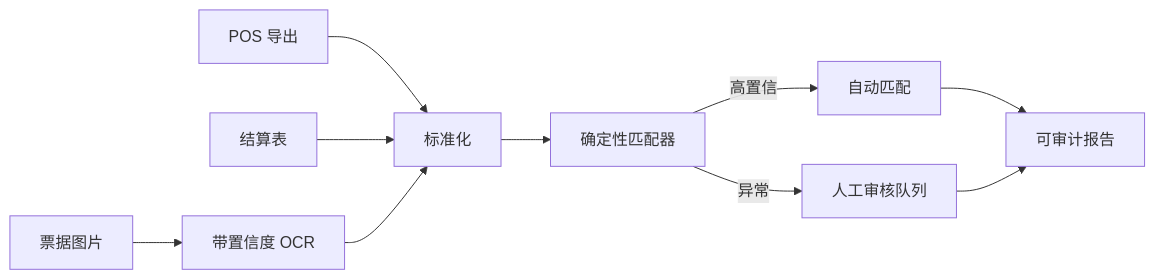
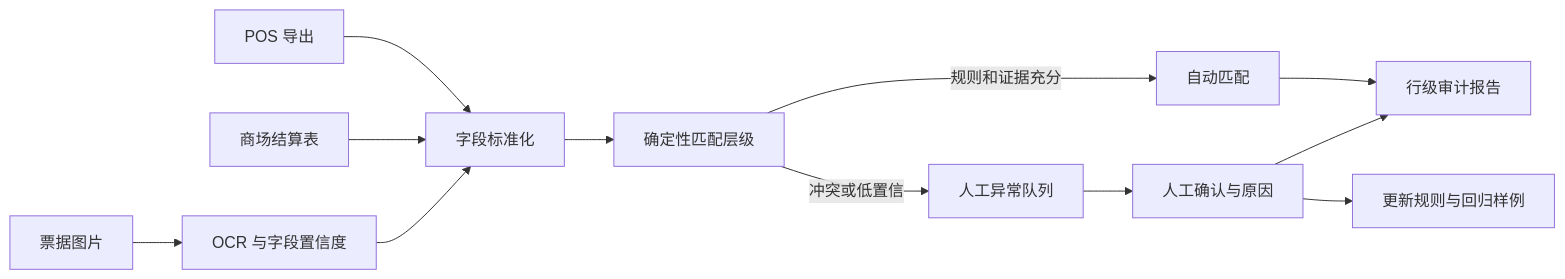
The diagram in case-studies/reconcile-agent.zh-CN.md (WhiteSailLabs/WhiteSailLabs), drawn with Mermaid before and after one commit. The commit also changed other lines of this file and 11 other files, not shown here.

````diff
--- a/case-studies/reconcile-agent.zh-CN.md
+++ b/case-studies/reconcile-agent.zh-CN.md
@@ -26,12 +50,14 @@
 ```mermaid
 flowchart LR
-    A[POS 导出] --> D[标准化]
-    B[结算表] --> D
-    C[票据图片] --> E[带置信度 OCR]
+    A[POS 导出] --> D[字段标准化]
+    B[商场结算表] --> D
+    C[票据图片] --> E[OCR 与字段置信度]
     E --> D
-    D --> F[确定性匹配器]
-    F -->|高置信| G[自动匹配]
-    F -->|异常| H[人工审核队列]
-    G --> I[可审计报告]
-    H --> I
+    D --> F[确定性匹配层级]
+    F -->|规则和证据充分| G[自动匹配]
+    F -->|冲突或低置信| H[人工异常队列]
+    G --> I[行级审计报告]
+    H --> J[人工确认与原因]
+    J --> I
+    J --> K[更新规则与回归样例]
 ```
````
